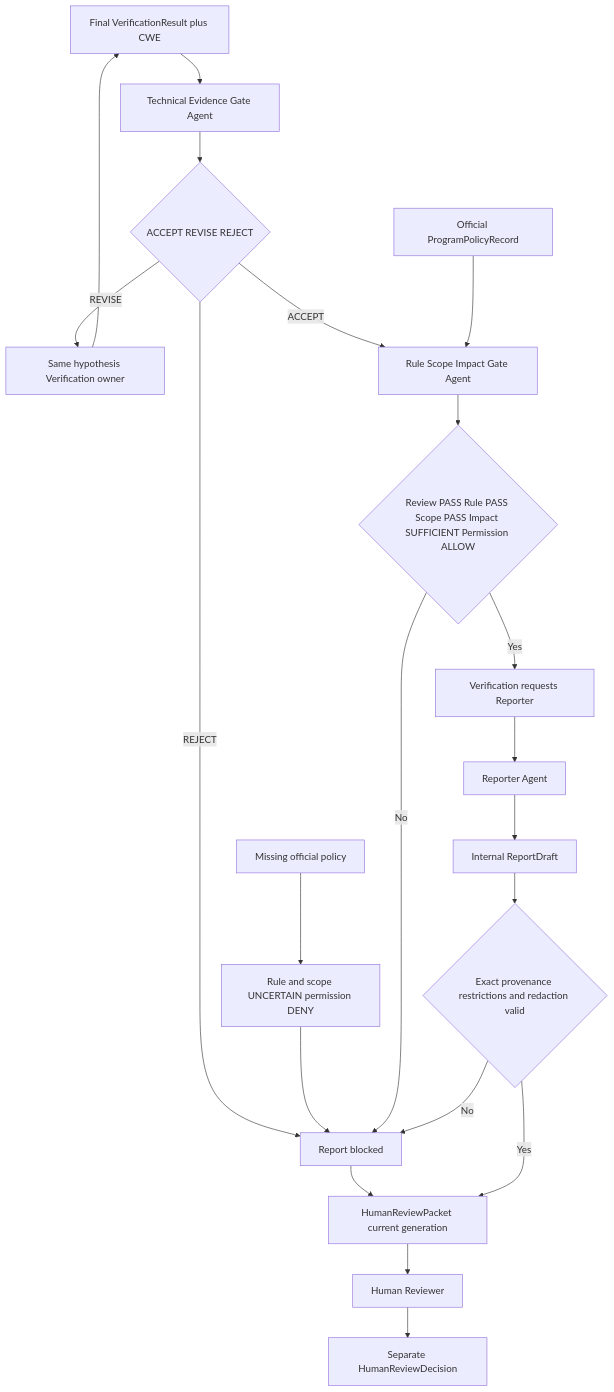
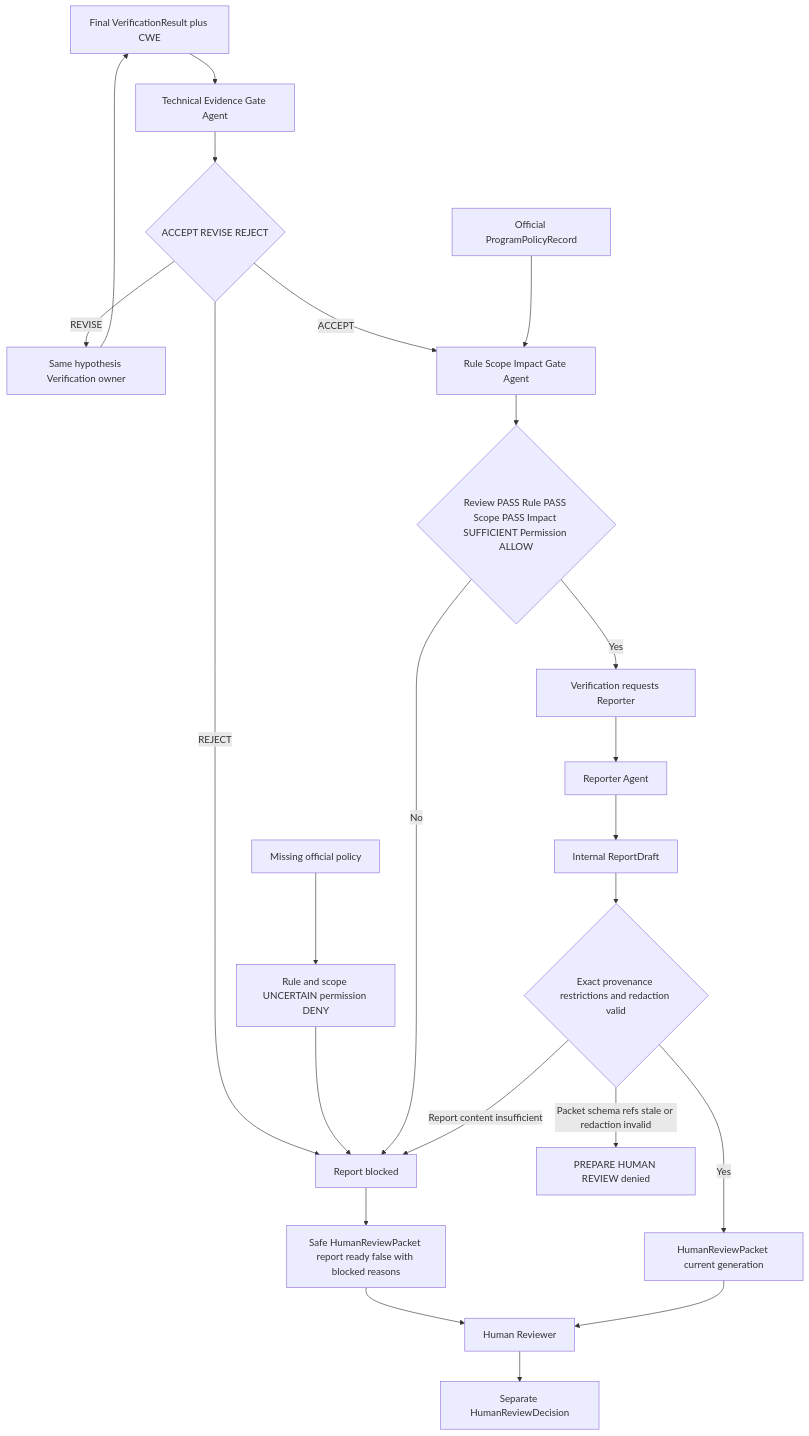
The sixth of 13 diagrams in docs/architecture-v5/13-architecture-diagrams.md (SASTsimi/sastsimi), drawn with Mermaid before and after one commit. The commit also changed other lines of this file and 8 other files, not shown here.

````diff
--- a/docs/architecture-v5/13-architecture-diagrams.md
+++ b/docs/architecture-v5/13-architecture-diagrams.md
@@ -194,23 +194,25 @@
 ```mermaid
 flowchart TB
     VR[Final VerificationResult plus CWE] --> TECH[Technical Evidence Gate Agent]
     TECH --> TS{ACCEPT REVISE REJECT}
     TS -->|REVISE| BACK[Same hypothesis Verification owner]
     BACK --> VR
     TS -->|REJECT| BLOCK[Report blocked]
     TS -->|ACCEPT| RULE[Rule Scope Impact Gate Agent]
     POLICY[Official ProgramPolicyRecord] --> RULE
     NOPOL[Missing official policy] --> UNCERTAIN[Rule and scope UNCERTAIN permission DENY]
     UNCERTAIN --> BLOCK
     RULE --> READY{Review PASS Rule PASS Scope PASS Impact SUFFICIENT Permission ALLOW}
     READY -->|No| BLOCK
     READY -->|Yes| RREQ[Verification requests Reporter]
     RREQ --> REPORTER[Reporter Agent]
     REPORTER --> DRAFT[Internal ReportDraft]
-    BLOCK --> PACKET[HumanReviewPacket with blocked reasons]
+    BLOCK --> SPACKET[Safe HumanReviewPacket report ready false with blocked reasons]
     DRAFT --> SAFE{Exact provenance restrictions and redaction valid}
-    SAFE -->|No| BLOCK
+    SAFE -->|Report content insufficient| BLOCK
+    SAFE -->|Packet schema refs stale or redaction invalid| DENY[PREPARE HUMAN REVIEW denied]
     SAFE -->|Yes| PACKET[HumanReviewPacket current generation]
+    SPACKET --> HUMAN
     PACKET --> HUMAN[Human Reviewer]
     HUMAN --> DECIDE[Separate HumanReviewDecision]
 ```
````
